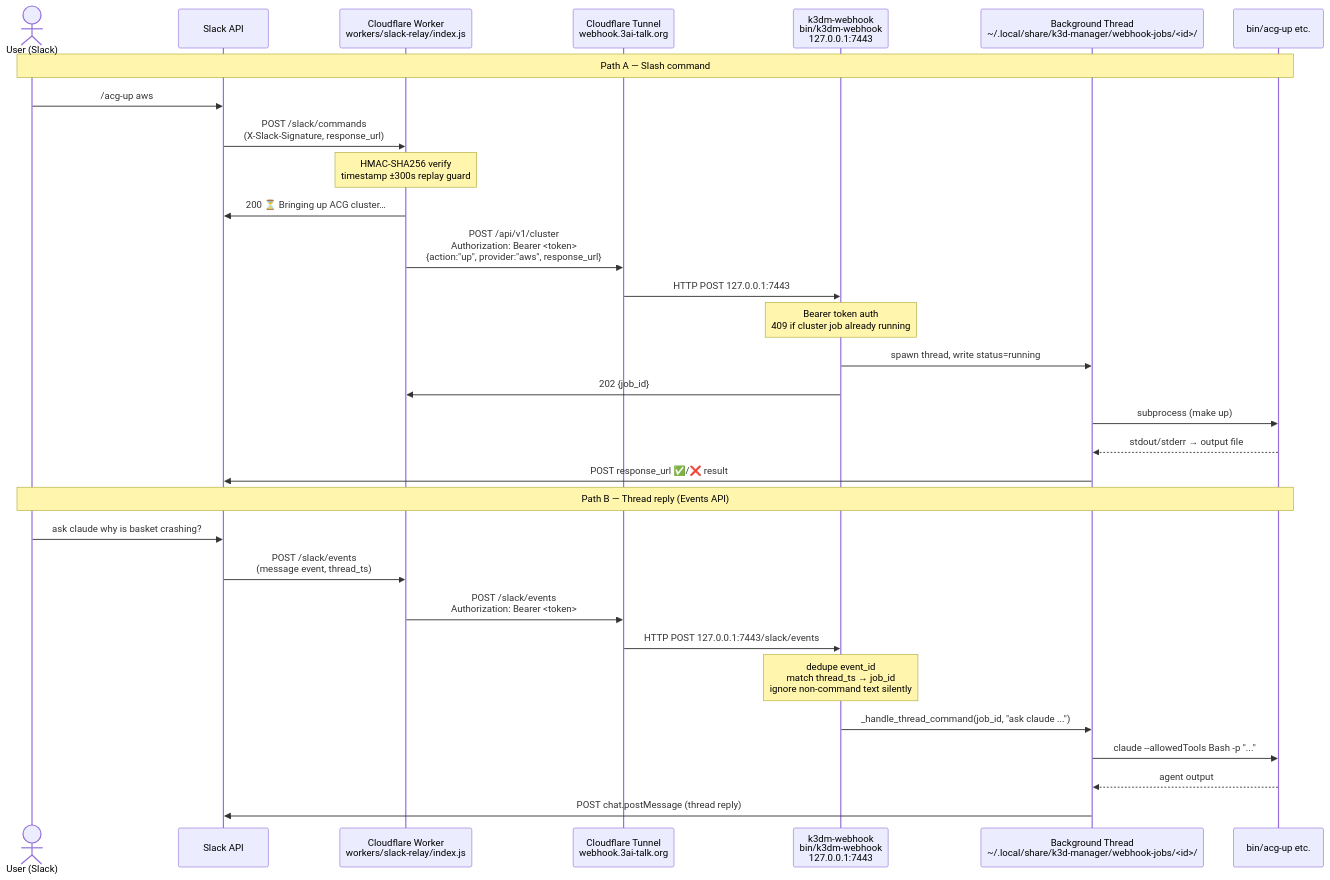
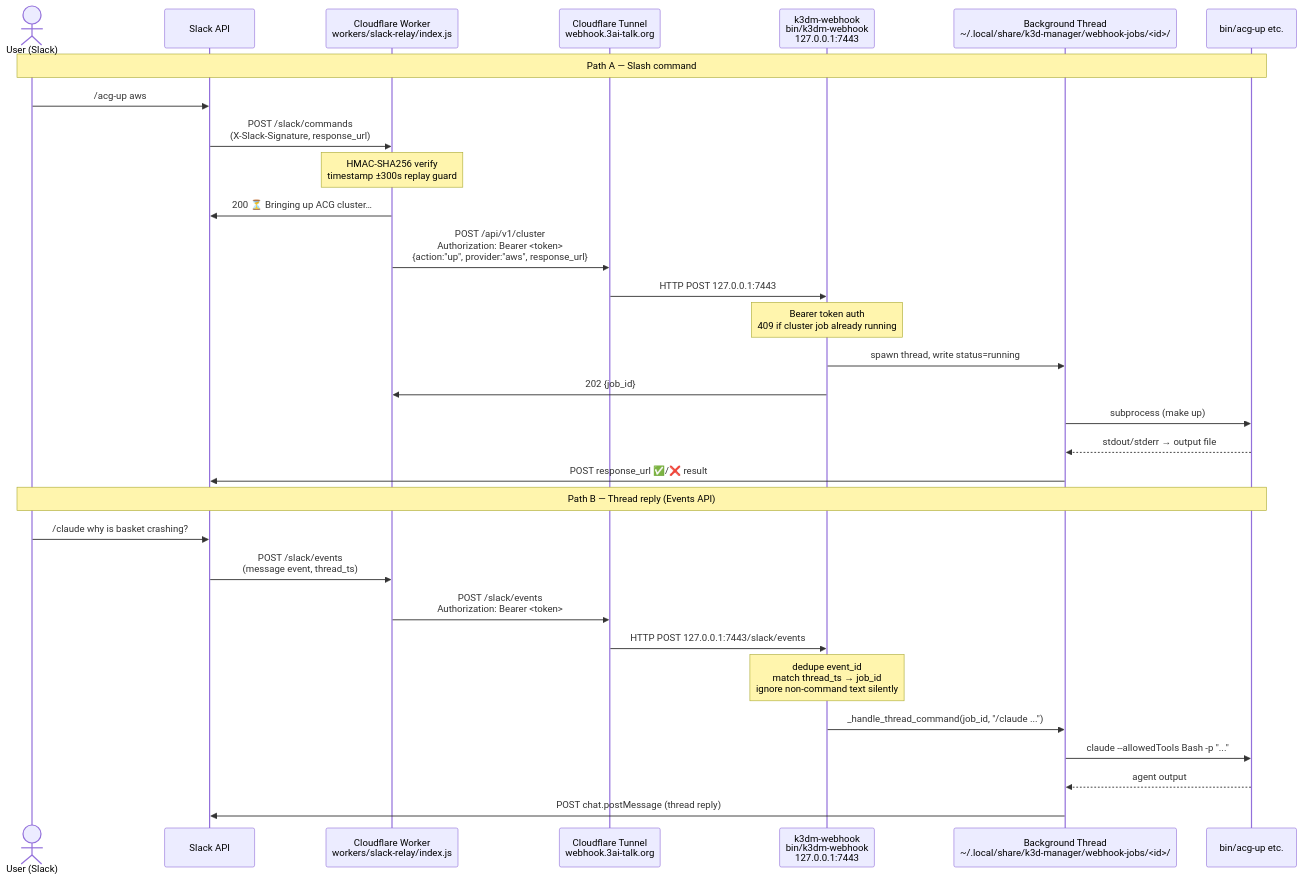
Before and after one commit to wilddog64/k3d-manager: the second of 2 diagrams in docs/architecture/cloudflare-slack-relay.md, drawn with Mermaid. The commit also changed other lines of this file and 1 other file, not shown here.

Commit message:
docs: update slack aliases and argocd-upgrade docs

````diff
--- a/docs/architecture/cloudflare-slack-relay.md
+++ b/docs/architecture/cloudflare-slack-relay.md
@@ -71,35 +71,35 @@
 ```mermaid
 sequenceDiagram
     actor User as User (Slack)
     participant Slack as Slack API
     participant Worker as Cloudflare Worker<br/>workers/slack-relay/index.js
     participant Tunnel as Cloudflare Tunnel<br/>webhook.3ai-talk.org
     participant WH as k3dm-webhook<br/>bin/k3dm-webhook<br/>127.0.0.1:7443
     participant Job as Background Thread<br/>~/.local/share/k3d-manager/webhook-jobs/<id>/
     participant Bin as bin/acg-up etc.
 
     note over User,Bin: Path A — Slash command
     User->>Slack: /acg-up aws
     Slack->>Worker: POST /slack/commands<br/>(X-Slack-Signature, response_url)
     Note over Worker: HMAC-SHA256 verify<br/>timestamp ±300s replay guard
     Worker->>Slack: 200 ⏳ Bringing up ACG cluster…
     Worker->>Tunnel: POST /api/v1/cluster<br/>Authorization: Bearer <token><br/>{action:"up", provider:"aws", response_url}
     Tunnel->>WH: HTTP POST 127.0.0.1:7443
     Note over WH: Bearer token auth<br/>409 if cluster job already running
     WH->>Job: spawn thread, write status=running
     WH->>Worker: 202 {job_id}
     Job->>Bin: subprocess (make up)
     Bin-->>Job: stdout/stderr → output file
     Job->>Slack: POST response_url ✅/❌ result
 
     note over User,Bin: Path B — Thread reply (Events API)
-    User->>Slack: ask claude why is basket crashing?
+    User->>Slack: /claude why is basket crashing?
     Slack->>Worker: POST /slack/events<br/>(message event, thread_ts)
     Worker->>Tunnel: POST /slack/events<br/>Authorization: Bearer <token>
     Tunnel->>WH: HTTP POST 127.0.0.1:7443/slack/events
     Note over WH: dedupe event_id<br/>match thread_ts → job_id<br/>ignore non-command text silently
-    WH->>Job: _handle_thread_command(job_id, "ask claude ...")
+    WH->>Job: _handle_thread_command(job_id, "/claude ...")
     Job->>Bin: claude --allowedTools Bash -p "..."
     Bin-->>Job: agent output
     Job->>Slack: POST chat.postMessage (thread reply)
 ```
````
